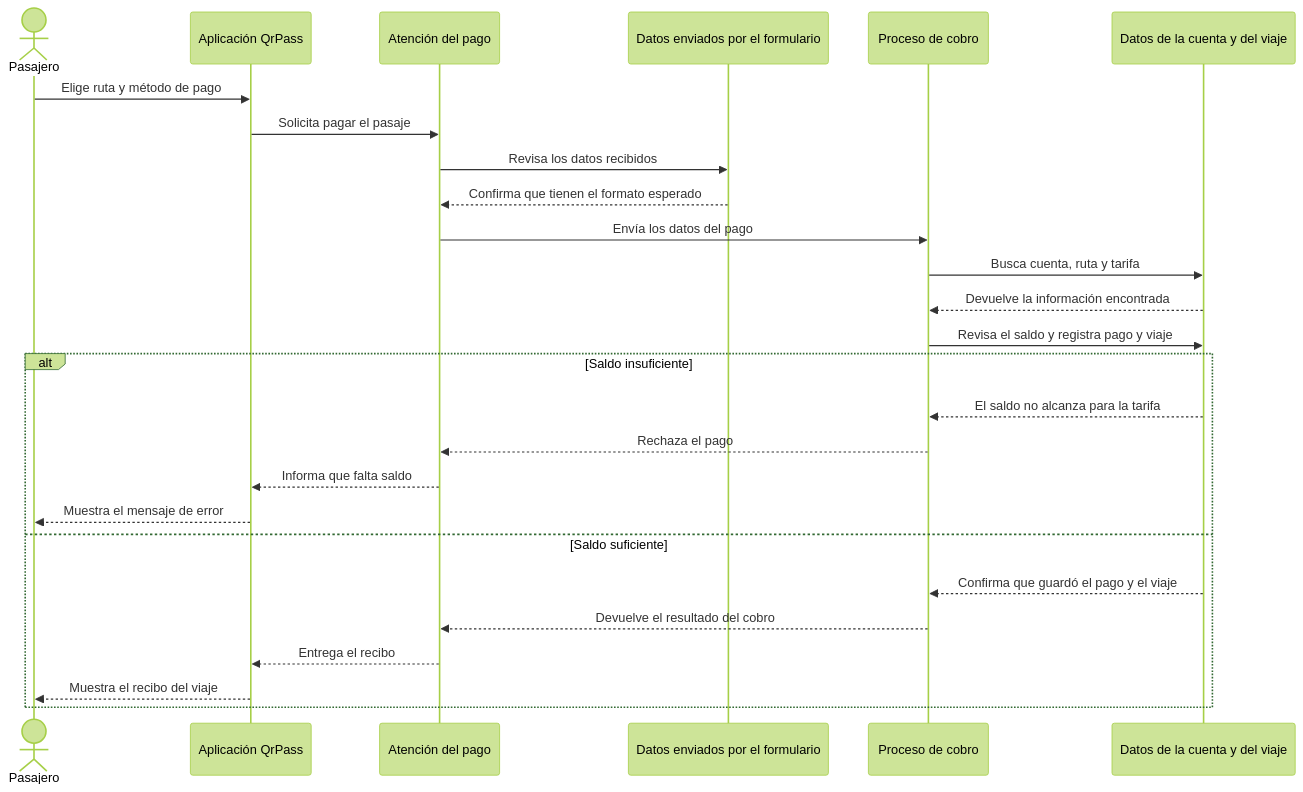
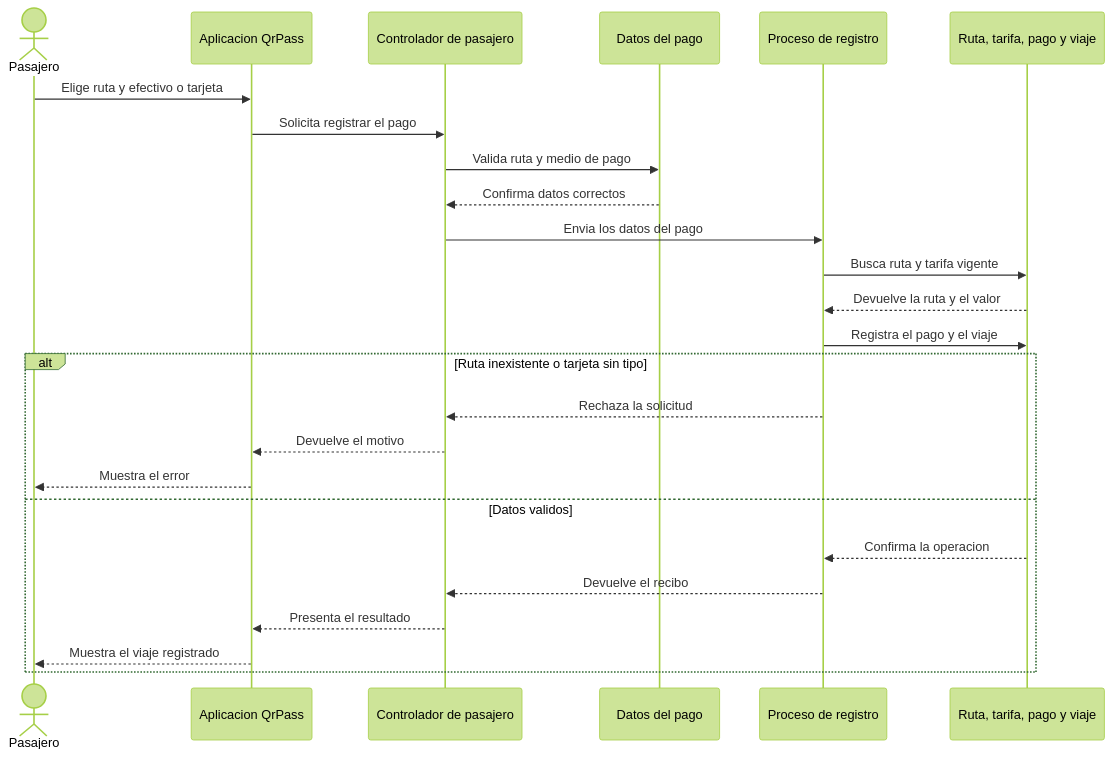
Before and after one commit to zNicolasDev/QrPass: the first of 4 diagrams in backend/docs/uml_mvc_y_entregables.md, drawn with Mermaid (forest theme). The commit also changed other lines of this file and 17 other files, not shown here.

First line of the commit message:
Implementa pago con QR del bus y transbordo

````diff
--- a/backend/docs/uml_mvc_y_entregables.md
+++ b/backend/docs/uml_mvc_y_entregables.md
@@ -22,28 +22,27 @@
 ```mermaid
 sequenceDiagram
     actor Pasajero
-    participant Aplicacion as Aplicación QrPass
-    participant Controlador as Atención del pago
-    participant Solicitud as Datos enviados por el formulario
-    participant Servicio as Proceso de cobro
-    participant Datos as Datos de la cuenta y del viaje
-    Pasajero->>Aplicacion: Elige ruta y método de pago
-    Aplicacion->>Controlador: Solicita pagar el pasaje
-    Controlador->>Solicitud: Revisa los datos recibidos
-    Solicitud-->>Controlador: Confirma que tienen el formato esperado
-    Controlador->>Servicio: Envía los datos del pago
-    Servicio->>Datos: Busca cuenta, ruta y tarifa
-    Datos-->>Servicio: Devuelve la información encontrada
-    Servicio->>Datos: Revisa el saldo y registra pago y viaje
-    alt Saldo insuficiente
-        Datos-->>Servicio: El saldo no alcanza para la tarifa
-        Servicio-->>Controlador: Rechaza el pago
-        Controlador-->>Aplicacion: Informa que falta saldo
-        Aplicacion-->>Pasajero: Muestra el mensaje de error
-    else Saldo suficiente
-        Datos-->>Servicio: Confirma que guardó el pago y el viaje
-        Servicio-->>Controlador: Devuelve el resultado del cobro
-        Controlador-->>Aplicacion: Entrega el recibo
-        Aplicacion-->>Pasajero: Muestra el recibo del viaje
+    participant Aplicacion as Aplicacion QrPass
+    participant Controlador as Controlador de pasajero
+    participant Solicitud as Datos del pago
+    participant Servicio as Proceso de registro
+    participant Datos as Ruta, tarifa, pago y viaje
+    Pasajero->>Aplicacion: Elige ruta y efectivo o tarjeta
+    Aplicacion->>Controlador: Solicita registrar el pago
+    Controlador->>Solicitud: Valida ruta y medio de pago
+    Solicitud-->>Controlador: Confirma datos correctos
+    Controlador->>Servicio: Envia los datos del pago
+    Servicio->>Datos: Busca ruta y tarifa vigente
+    Datos-->>Servicio: Devuelve la ruta y el valor
+    Servicio->>Datos: Registra el pago y el viaje
+    alt Ruta inexistente o tarjeta sin tipo
+        Servicio-->>Controlador: Rechaza la solicitud
+        Controlador-->>Aplicacion: Devuelve el motivo
+        Aplicacion-->>Pasajero: Muestra el error
+    else Datos validos
+        Datos-->>Servicio: Confirma la operacion
+        Servicio-->>Controlador: Devuelve el recibo
+        Controlador-->>Aplicacion: Presenta el resultado
+        Aplicacion-->>Pasajero: Muestra el viaje registrado
     end
 ```
````
